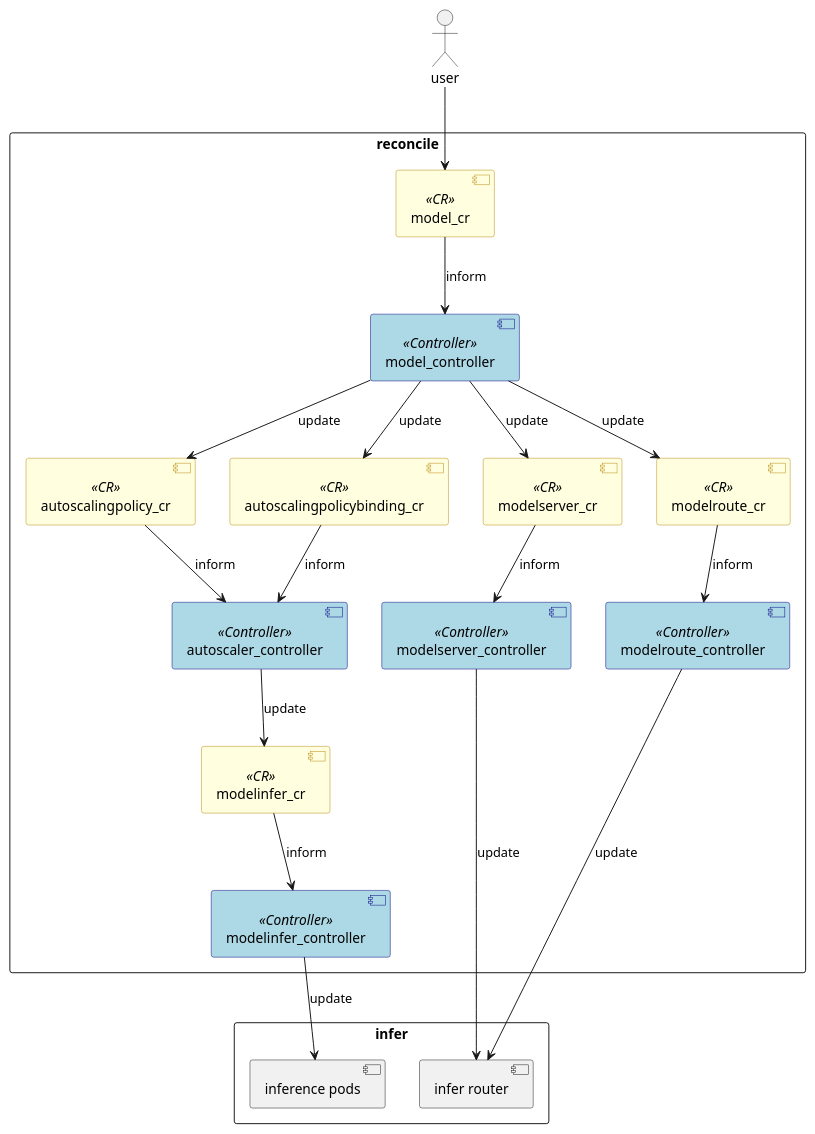
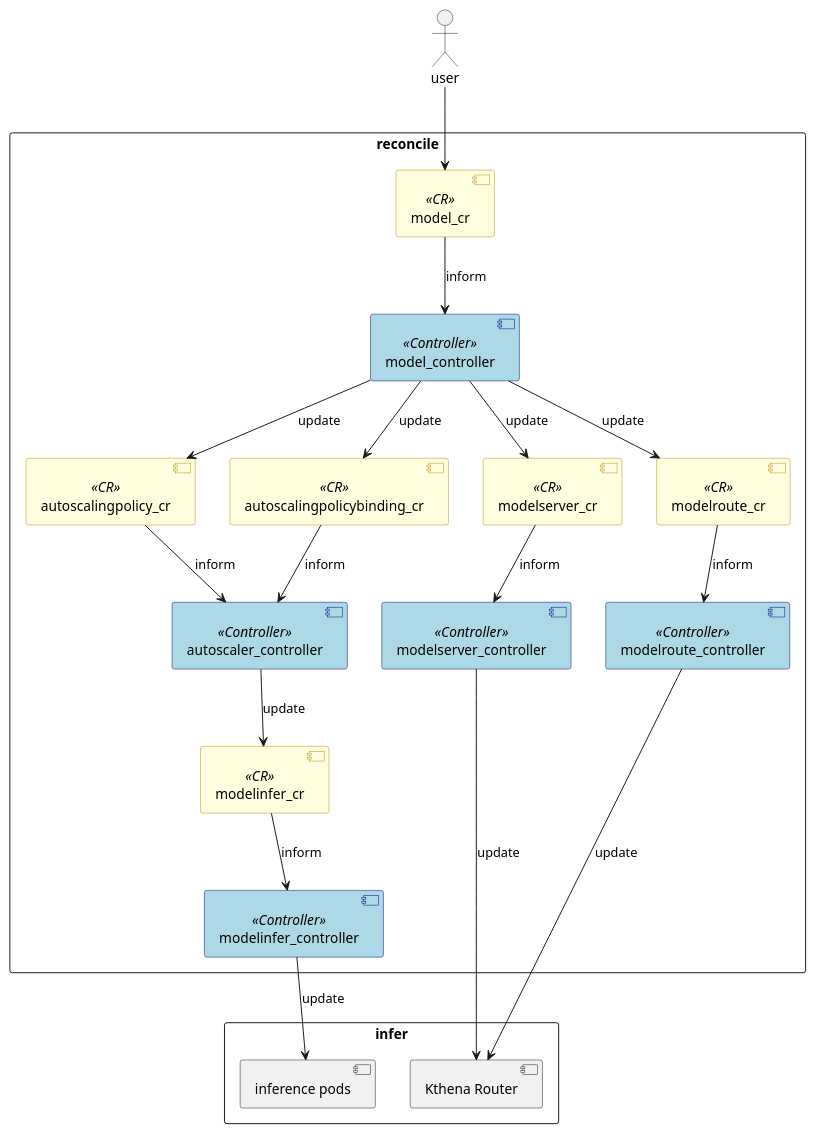
One commit to matrixinfer-ai/kthena changed the first of 2 diagrams in docs/kthena/static/img/diagrams/architecture/architecture_overview_draft.md. Above: the diagram before and after it, drawn with PlantUML. The commit also changed other lines of this file and 4 other files, not shown here.

````diff
--- a/docs/kthena/static/img/diagrams/architecture/architecture_overview_draft.md
+++ b/docs/kthena/static/img/diagrams/architecture/architecture_overview_draft.md
@@ -4,54 +4,54 @@
 ```plantuml
 ' Styling rules
 skinparam component {
   BackgroundColor<<CR>> LightYellow
   BorderColor<<CR>> DarkGoldenRod
   BackgroundColor<<Controller>> LightBlue
   BorderColor<<Controller>> Navy
 }
 
 actor user
 
 rectangle "reconcile" {
 	' Style for CRs
 	component "model_cr" <<CR>>
 	component "autoscalingpolicy_cr" <<CR>>
 	component "autoscalingpolicybinding_cr" <<CR>>
 	component "modelinfer_cr" <<CR>>
 	component "modelserver_cr" <<CR>>
 	component "modelroute_cr" <<CR>>
 	
 	' Style for Controllers
 	component "model_controller" <<Controller>>
 	component "autoscaler_controller" <<Controller>>
 	component "modelinfer_controller" <<Controller>>
 	component "modelserver_controller" <<Controller>>
 	component "modelroute_controller" <<Controller>>
 }
 
 rectangle "infer" {
-	component "infer router" as infer_router
+	component "Kthena Router" as kthena_router
 	component "inference pods" as pods
 }
 
 
 ' Relationships
 
 user --> model_cr
 
 model_cr --> model_controller : inform
 autoscalingpolicy_cr --> autoscaler_controller : inform
 autoscalingpolicybinding_cr --> autoscaler_controller : inform
 model_controller --> autoscalingpolicy_cr : update
 model_controller --> autoscalingpolicybinding_cr : update
 model_controller --> modelserver_cr : update
 model_controller --> modelroute_cr : update
 autoscaler_controller --> modelinfer_cr : update
 modelinfer_cr --> modelinfer_controller : inform
 modelserver_cr --> modelserver_controller : inform
 modelroute_cr --> modelroute_controller : inform
 
-modelserver_controller --> infer_router : update
-modelroute_controller --> infer_router : update
+modelserver_controller --> kthena_router : update
+modelroute_controller --> kthena_router : update
 modelinfer_controller --> pods : update
 ```
````
